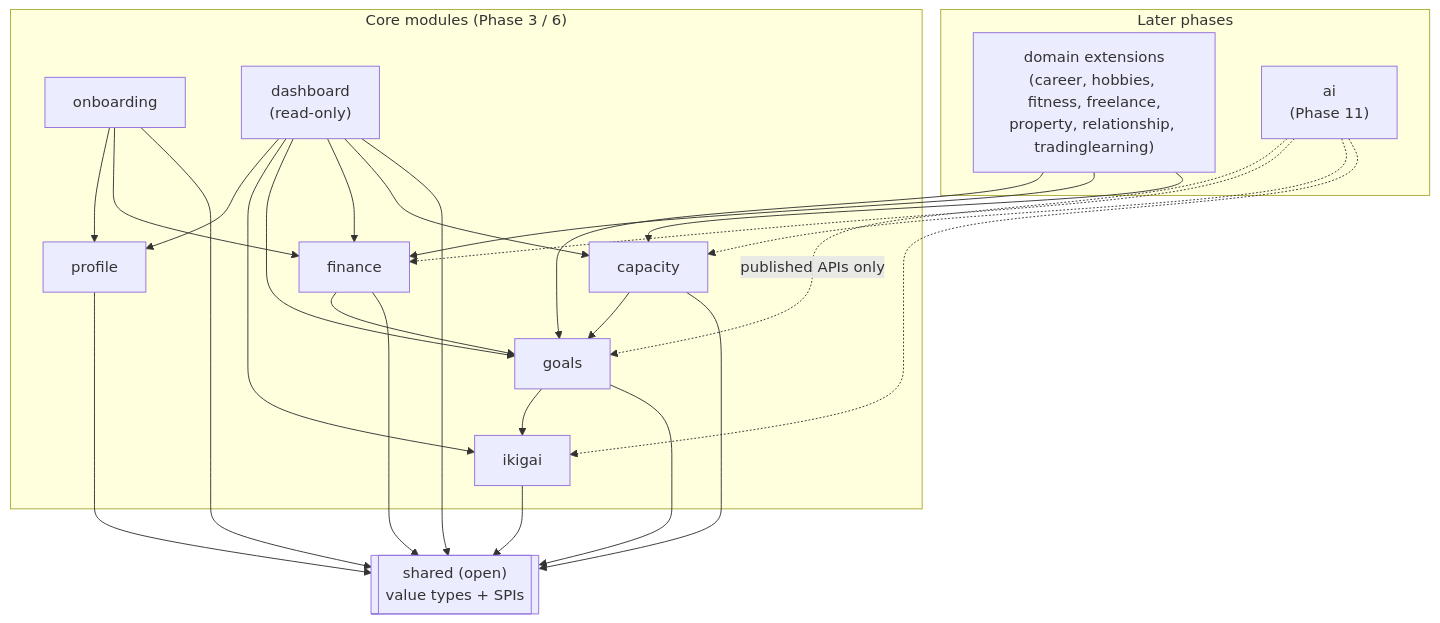
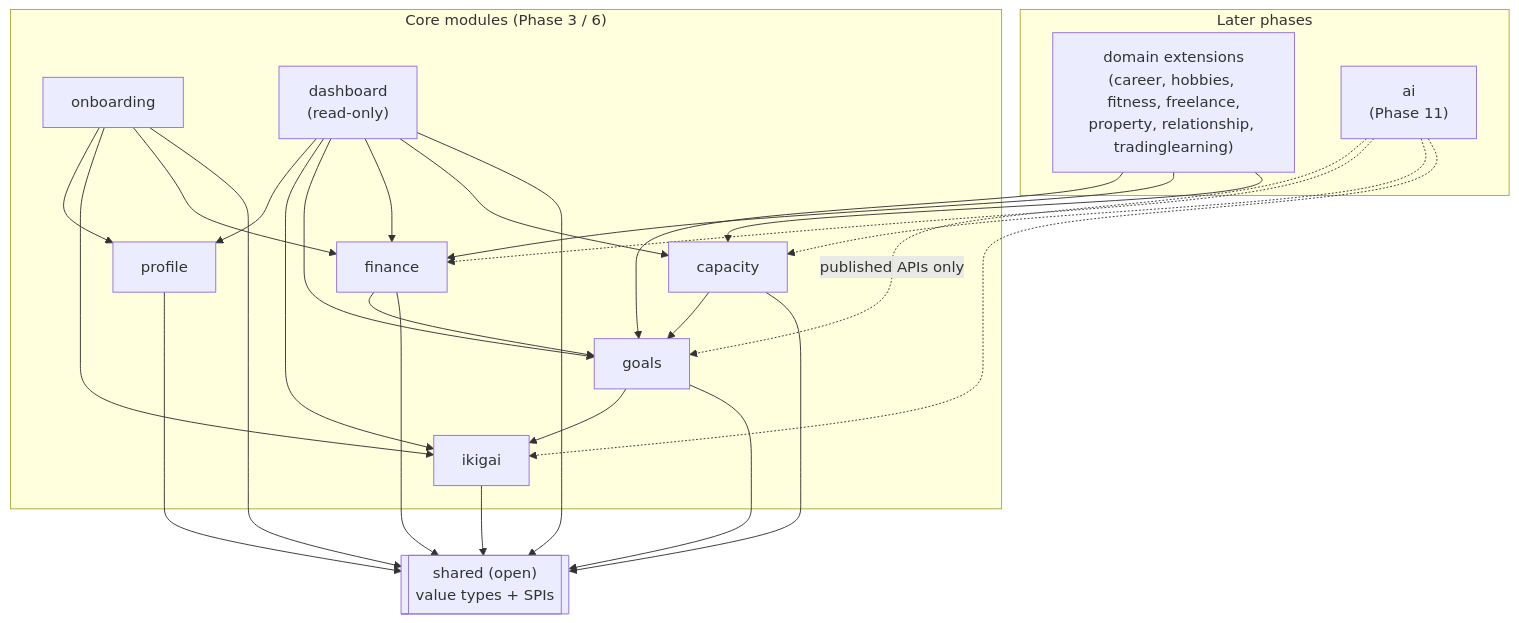
Before and after one commit to hsnrzv/atlas-microservices: the diagram in docs/architecture/DOMAIN-MODULES.md, drawn with Mermaid. The commit also changed other lines of this file and 9 other files, not shown here.

````diff
--- a/docs/architecture/DOMAIN-MODULES.md
+++ b/docs/architecture/DOMAIN-MODULES.md
@@ -102,43 +102,44 @@
 ```mermaid
 flowchart TD
     subgraph core["Core modules (Phase 3 / 6)"]
         profile["profile"]
         ikigai["ikigai"]
         goals["goals"]
         finance["finance"]
         capacity["capacity"]
         onboarding["onboarding"]
         dashboard["dashboard<br/>(read-only)"]
     end
     subgraph later["Later phases"]
         ext["domain extensions<br/>(career, hobbies, fitness, freelance,<br/>property, relationship, tradinglearning)"]
         ai["ai<br/>(Phase 11)"]
     end
     shared[["shared (open)<br/>value types + SPIs"]]
 
     goals --> ikigai
     finance --> goals
     capacity --> goals
     onboarding --> profile
+    onboarding --> ikigai
     onboarding --> finance
     dashboard --> profile
     dashboard --> ikigai
     dashboard --> goals
     dashboard --> finance
     dashboard --> capacity
     ext --> goals
     ext --> finance
     ext --> capacity
     ai -.->|published APIs only| goals
     ai -.-> finance
     ai -.-> capacity
     ai -.-> ikigai
 
     profile --> shared
     ikigai --> shared
     goals --> shared
     finance --> shared
     capacity --> shared
     onboarding --> shared
     dashboard --> shared
 ```
````
